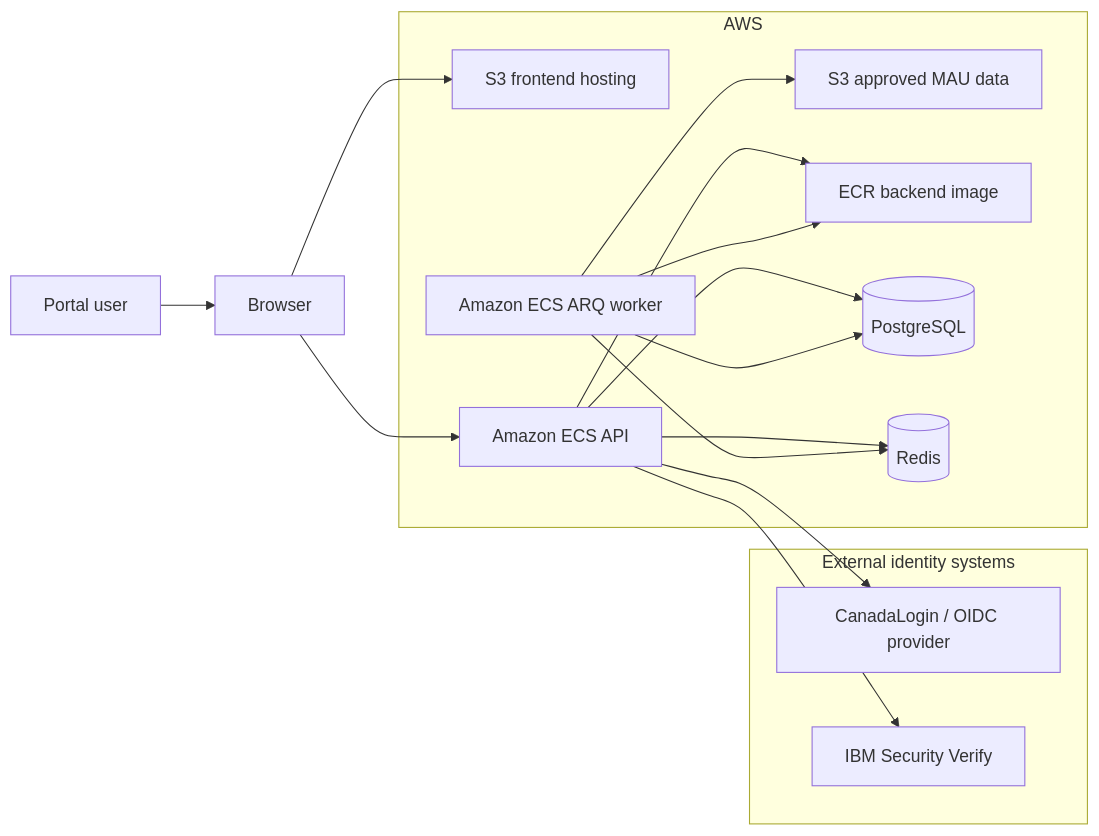
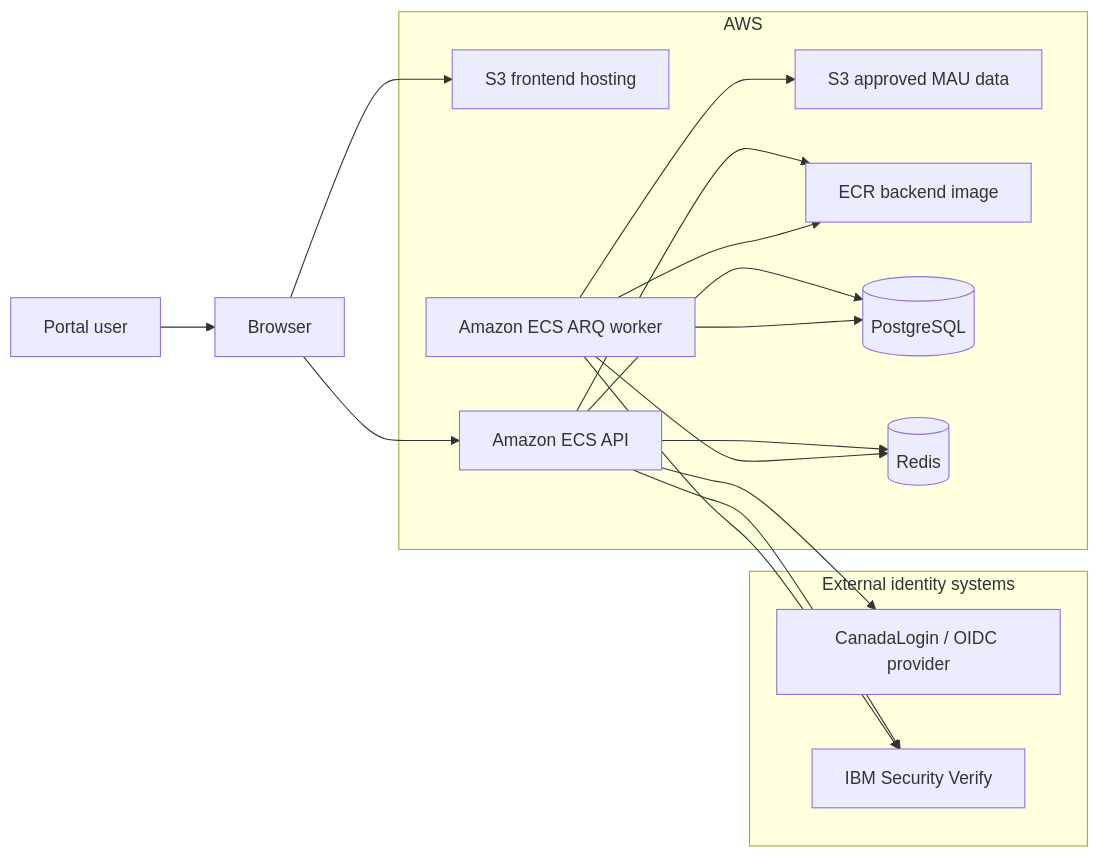
The diagram in docs/plans/partner-portal-system-architecture.md (cds-snc/canadalogin-partner-portal), drawn with Mermaid before and after one commit. The commit also changed other lines of this file and 3 other files, not shown here.

````diff
--- a/docs/plans/partner-portal-system-architecture.md
+++ b/docs/plans/partner-portal-system-architecture.md
@@ -41,33 +41,34 @@
 ```mermaid
 flowchart LR
     User[Portal user]
     Browser[Browser]
 
     subgraph AWS[AWS]
         S3Frontend[S3 frontend hosting]
         S3MAU[S3 approved MAU data]
         ECR[ECR backend image]
         API[Amazon ECS API]
         Worker[Amazon ECS ARQ worker]
         PG[(PostgreSQL)]
         Redis[(Redis)]
     end
 
     subgraph External[External identity systems]
         OIDC[CanadaLogin / OIDC provider]
         IBM[IBM Security Verify]
     end
 
     User --> Browser
     Browser --> S3Frontend
     Browser --> API
     API --> ECR
     Worker --> ECR
     API --> PG
     API --> Redis
     Worker --> Redis
     Worker --> PG
     API --> OIDC
     API --> IBM
+    Worker --> IBM
     Worker --> S3MAU
 ```
````
